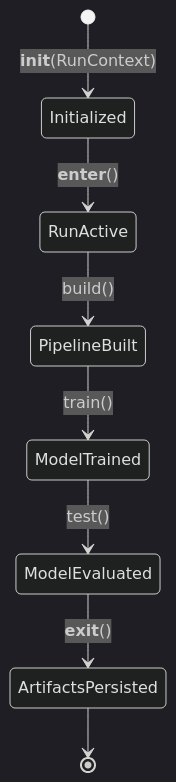
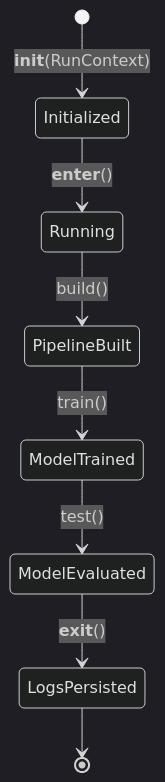
The diagram in docs/architecture/orchestrator.md (sid-146/mlflow-experience), drawn with Mermaid (dark theme) before and after one commit. The commit also changed other lines of this file and 32 other files, not shown here.

````diff
--- a/docs/architecture/orchestrator.md
+++ b/docs/architecture/orchestrator.md
@@ -20,10 +31,10 @@
 ```mermaid
 stateDiagram-v2
     [*] --> Initialized: __init__(RunContext)
-    Initialized --> RunActive: __enter__()
-    RunActive --> PipelineBuilt: build()
+    Initialized --> Running: __enter__()
+    Running --> PipelineBuilt: build()
     PipelineBuilt --> ModelTrained: train()
     ModelTrained --> ModelEvaluated: test()
-    ModelEvaluated --> ArtifactsPersisted: __exit__()
-    ArtifactsPersisted --> [*]
+    ModelEvaluated --> LogsPersisted: __exit__()
+    LogsPersisted --> [*]
 ```
````
